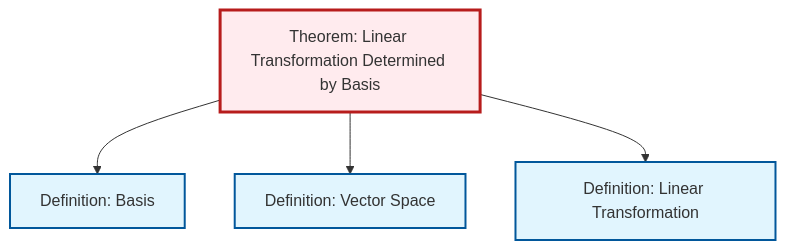
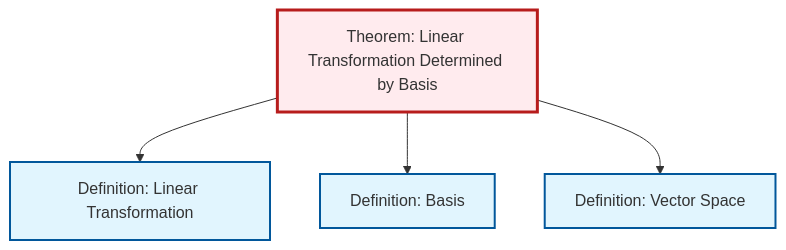
One commit to RK0429/ModernMath changed the diagram in content/en/algebra/thm-linear-transformation-basis.qmd. Above: the diagram before and after it, drawn with Mermaid. The commit also changed other lines of this file and 497 other files, not shown here.

````diff
--- a/content/en/algebra/thm-linear-transformation-basis.qmd
+++ b/content/en/algebra/thm-linear-transformation-basis.qmd
@@ -47,20 +47,20 @@
 ```{mermaid}
 %%| fig-cap: "Local dependency graph"
 graph TD
     classDef definition fill:#e1f5fe,stroke:#01579b,stroke-width:2px
     classDef theorem fill:#f3e5f5,stroke:#4a148c,stroke-width:2px
     classDef axiom fill:#fff3e0,stroke:#e65100,stroke-width:2px
     classDef example fill:#e8f5e9,stroke:#1b5e20,stroke-width:2px
     classDef current fill:#ffebee,stroke:#b71c1c,stroke-width:3px
     thm-linear-transformation-basis["Theorem: Linear Transformation Determined by Basis"]:::theorem
+    def-linear-transformation["Definition: Linear Transformation"]:::definition
+    def-vector-space["Definition: Vector Space"]:::definition
     def-basis["Definition: Basis"]:::definition
-    def-vector-space["Definition: Vector Space"]:::definition
-    def-linear-transformation["Definition: Linear Transformation"]:::definition
+    thm-linear-transformation-basis --> def-linear-transformation
     thm-linear-transformation-basis --> def-basis
     thm-linear-transformation-basis --> def-vector-space
-    thm-linear-transformation-basis --> def-linear-transformation
     class thm-linear-transformation-basis current
+    click def-linear-transformation "def-linear-transformation.html" "Go to Linear Transformation definition"
+    click def-vector-space "def-vector-space.html" "Go to Vector Space definition"
     click def-basis "def-basis.html" "Go to Basis definition"
-    click def-vector-space "def-vector-space.html" "Go to Vector Space definition"
-    click def-linear-transformation "def-linear-transformation.html" "Go to Linear Transformation definition"
 ```
````
